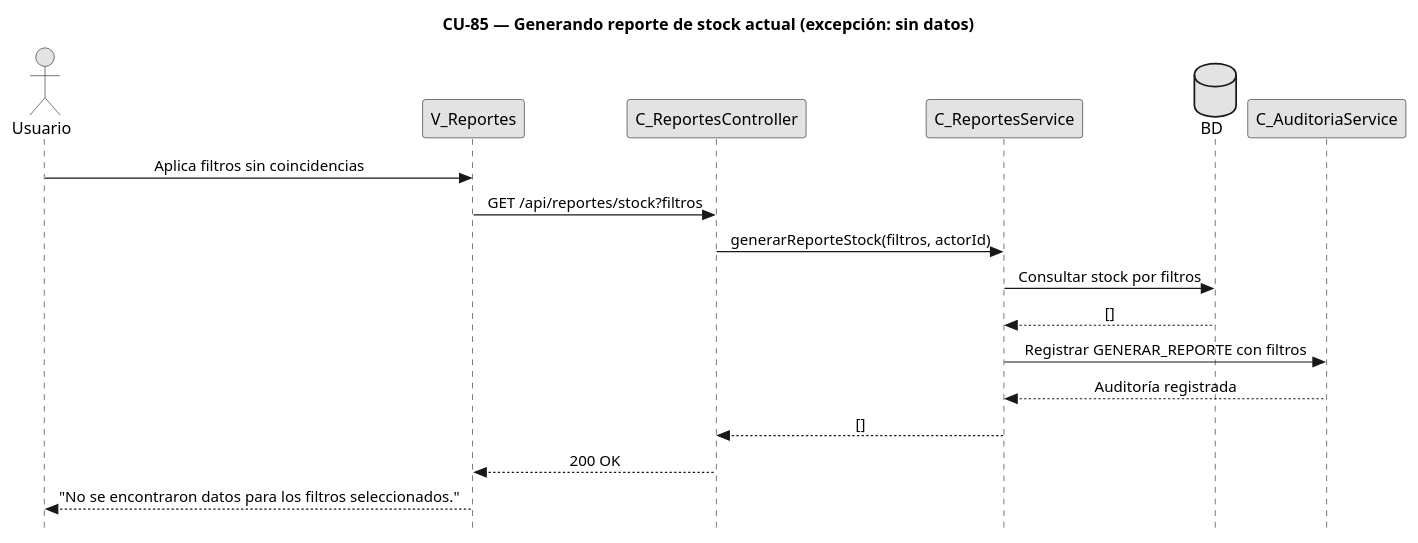
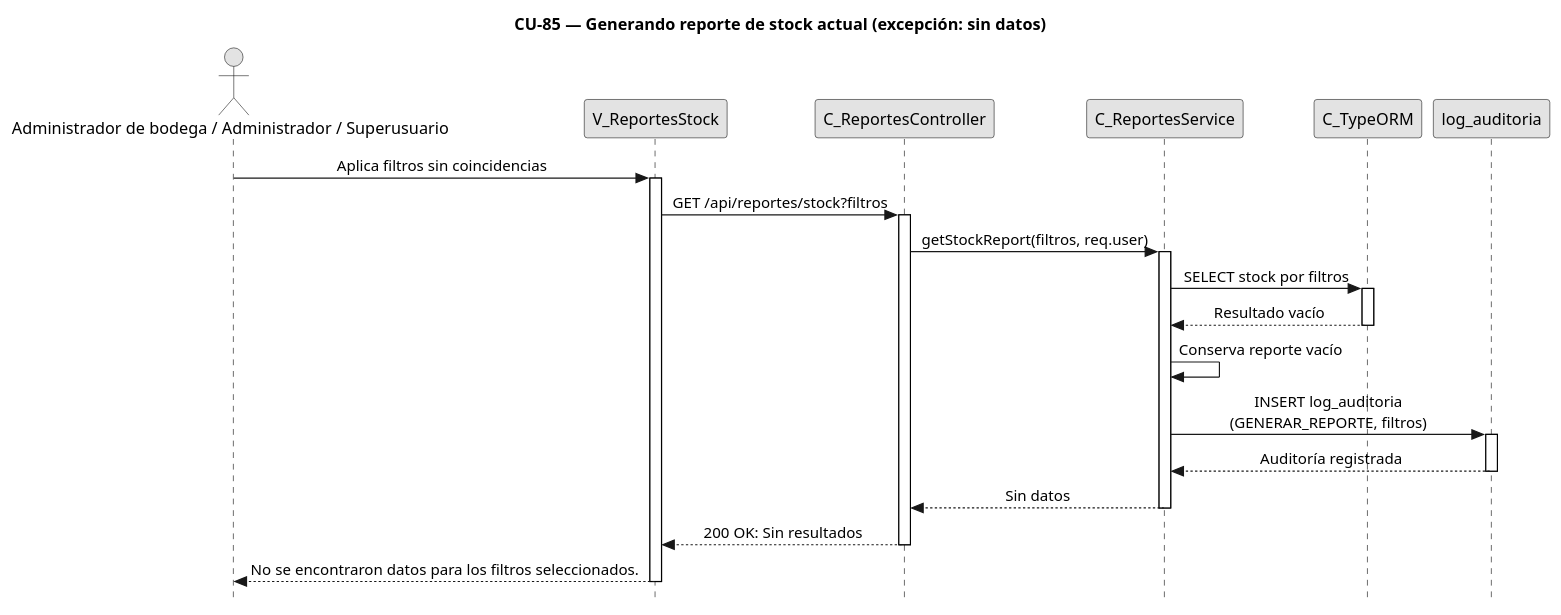
Before and after one commit to FSM-Finet-y-Cable-Magico/Team_1-Inventario-y-Bodega: the diagram in diagramas/diagramas-secuencia/CU85/CU85-exc-sin-datos.puml, drawn with PlantUML. The commit also changed 35 other files, not shown here.

Commit message:
Arreglo de diagramas

```diff
--- a/diagramas/diagramas-secuencia/CU85/CU85-exc-sin-datos.puml
+++ b/diagramas/diagramas-secuencia/CU85/CU85-exc-sin-datos.puml
@@ -1,28 +1,48 @@
 @startuml CU85-exc-sin-datos
 title CU-85 — Generando reporte de stock actual (excepción: sin datos)
 
 skinparam style strictuml
 skinparam monochrome true
 skinparam shadowing false
-skinparam sequenceMessageAlign center
+<style>
+sequenceDiagram {
+  participant { Margin 25 }
+  actor { Margin 20 }
+}
+</style>
+skinparam sequence {
+	MessageAlign center
+	LifeLineBorderColor black
+}
 hide footbox
 
-actor "Usuario" as user
-participant "V_Reportes" as view
+actor "Administrador de bodega / Administrador / Superusuario" as user
+participant "V_ReportesStock" as view
 participant "C_ReportesController" as ctrl
 participant "C_ReportesService" as svc
-database "BD" as db
-participant "C_AuditoriaService" as aud
+participant "C_TypeORM" as orm
+participant "log_auditoria" as aent
 
 user -> view : Aplica filtros sin coincidencias
+activate view
 view -> ctrl : GET /api/reportes/stock?filtros
-ctrl -> svc : generarReporteStock(filtros, actorId)
-svc -> db : Consultar stock por filtros
-db --> svc : []
-svc -> aud : Registrar GENERAR_REPORTE con filtros
-aud --> svc : Auditoría registrada
-svc --> ctrl : []
-ctrl --> view : 200 OK
-view --> user : "No se encontraron datos para los filtros seleccionados."
+activate ctrl
+ctrl -> svc : getStockReport(filtros, req.user)
+activate svc
+svc -> orm : SELECT stock por filtros
+activate orm
+orm --> svc : Resultado vacío
+deactivate orm
+svc -> svc : Conserva reporte vacío
+svc -> aent : INSERT log_auditoria\n(GENERAR_REPORTE, filtros)
+activate aent
+aent --> svc : Auditoría registrada
+deactivate aent
+svc --> ctrl : Sin datos
+deactivate svc
+ctrl --> view : 200 OK: Sin resultados
+deactivate ctrl
+view --> user : No se encontraron datos para los filtros seleccionados.
+deactivate view
 
 @enduml
```
